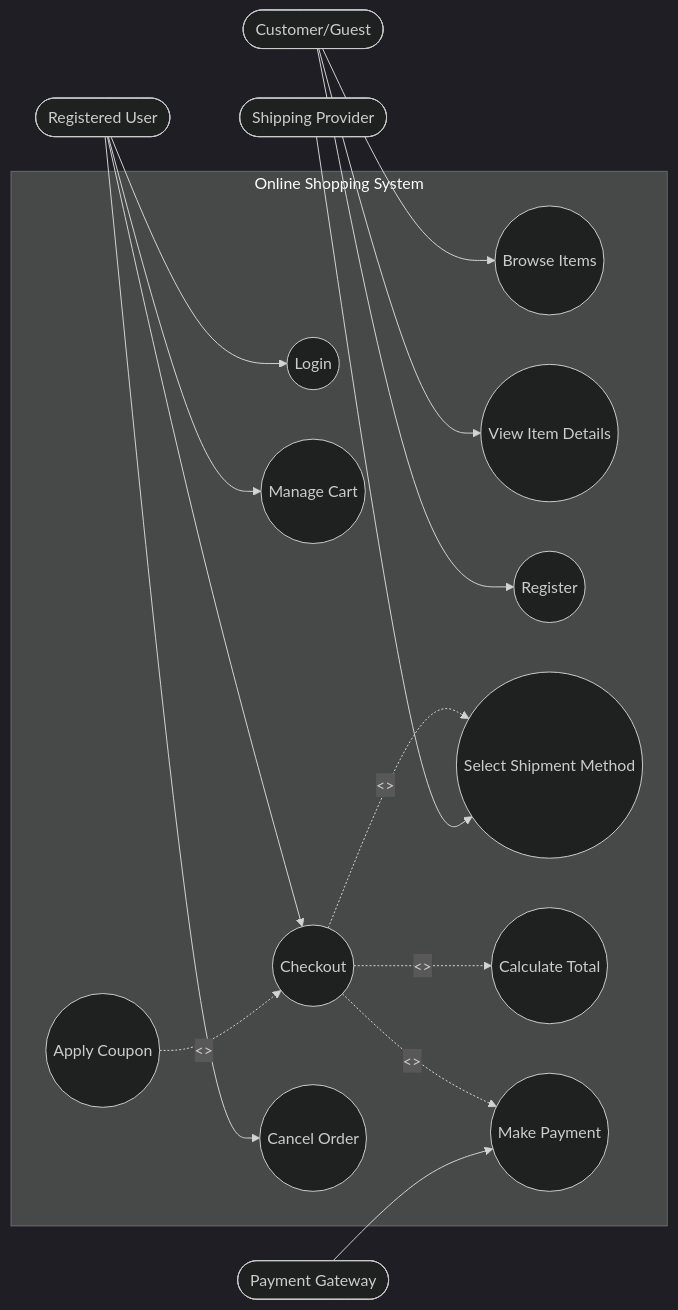
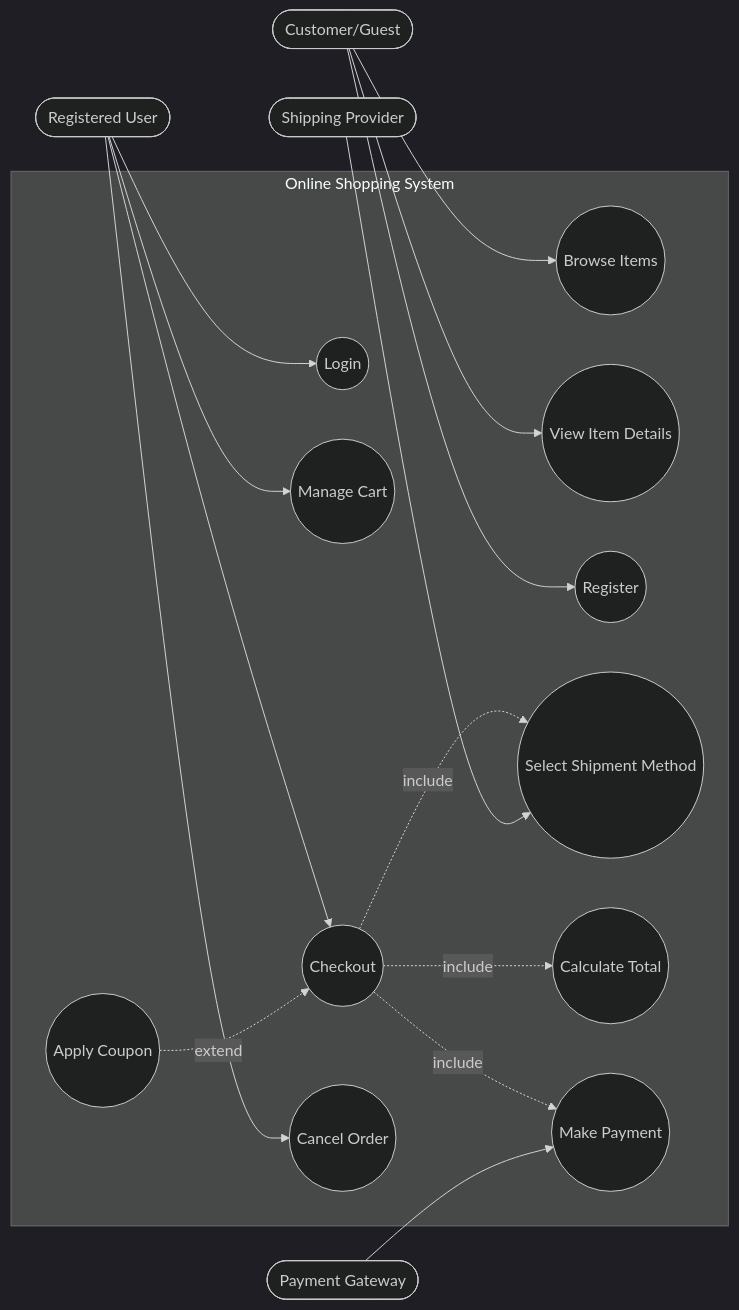
The first of 6 diagrams in 10_past_papers_solved.md (Attash2312/SRE), drawn with Mermaid (dark theme) before and after one commit. The commit also changed other lines of this file and 3 other files, not shown here.

````diff
--- a/10_past_papers_solved.md
+++ b/10_past_papers_solved.md
@@ -32,39 +32,39 @@
 ```mermaid
 flowchart LR
   CU([Customer/Guest])
   RU([Registered User])
   PG([Payment Gateway])
   SP([Shipping Provider])
 
   subgraph OSS[Online Shopping System]
     UC1((Browse Items))
     UC2((View Item Details))
     UC3((Register))
     UC4((Login))
     UC5((Manage Cart))
     UC6((Checkout))
     UC7((Select Shipment Method))
     UC8((Calculate Total))
     UC9((Make Payment))
     UC10((Cancel Order))
     UC11((Apply Coupon))
   end
 
   CU --> UC1
   CU --> UC2
   CU --> UC3
 
   RU --> UC4
   RU --> UC5
   RU --> UC6
   RU --> UC10
 
-  UC6 -. <<include>> .-> UC7
-  UC6 -. <<include>> .-> UC8
-  UC6 -. <<include>> .-> UC9
+  UC6 -.->|include| UC7
+  UC6 -.->|include| UC8
+  UC6 -.->|include| UC9
 
-  UC11 -. <<extend>> .-> UC6
+  UC11 -.->|extend| UC6
 
   PG --> UC9
   SP --> UC7
 ```
````
